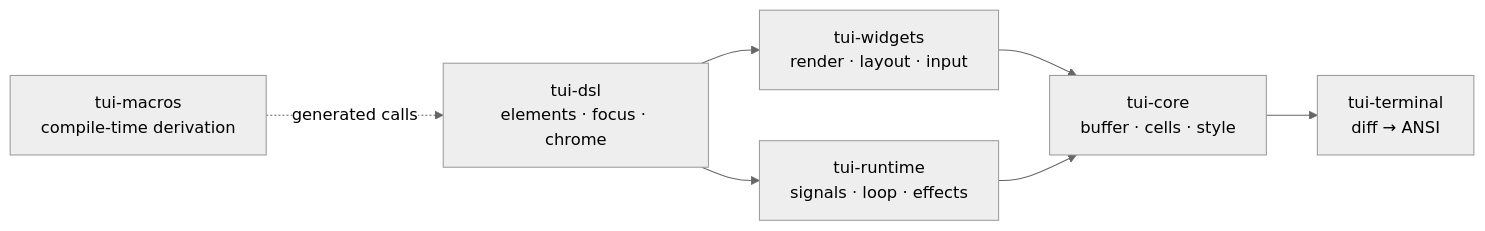
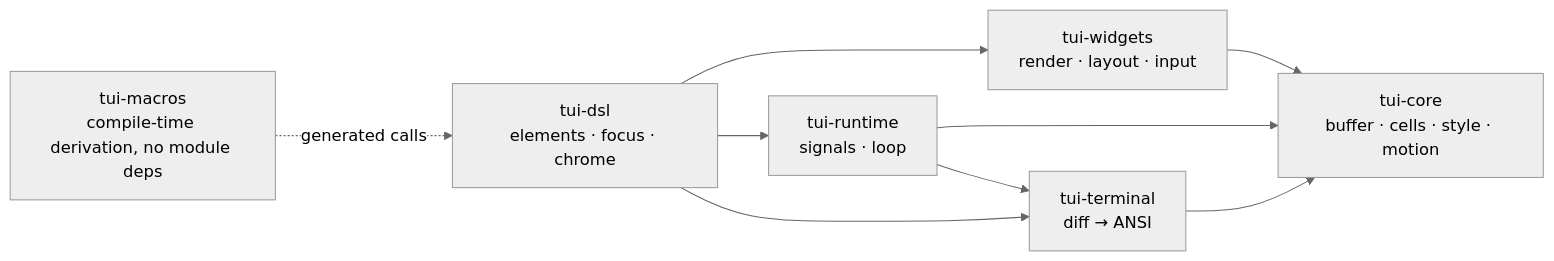
The diagram in website/docs/architecture.md (oleksandr-balyshyn/glyphora), drawn with Mermaid (neutral theme) before and after one commit. The commit also changed other lines of this file and 33 other files, not shown here.

````diff
--- a/website/docs/architecture.md
+++ b/website/docs/architecture.md
@@ -16,9 +16,11 @@
 ```mermaid
 flowchart LR
   DSL["tui-dsl<br/>elements · focus · chrome"] --> Widgets["tui-widgets<br/>render · layout · input"]
-  Widgets --> Core["tui-core<br/>buffer · cells · style"]
-  Core --> Terminal["tui-terminal<br/>diff → ANSI"]
-  Runtime["tui-runtime<br/>signals · loop · effects"] --> Core
-  DSL --> Runtime
-  Macros["tui-macros<br/>compile-time derivation"] -. generated calls .-> DSL
+  DSL --> Runtime["tui-runtime<br/>signals · loop"]
+  DSL --> Terminal["tui-terminal<br/>diff → ANSI"]
+  Widgets --> Core["tui-core<br/>buffer · cells · style · motion"]
+  Runtime --> Core
+  Runtime --> Terminal
+  Terminal --> Core
+  Macros["tui-macros<br/>compile-time derivation, no module deps"] -. generated calls .-> DSL
 ```
````
